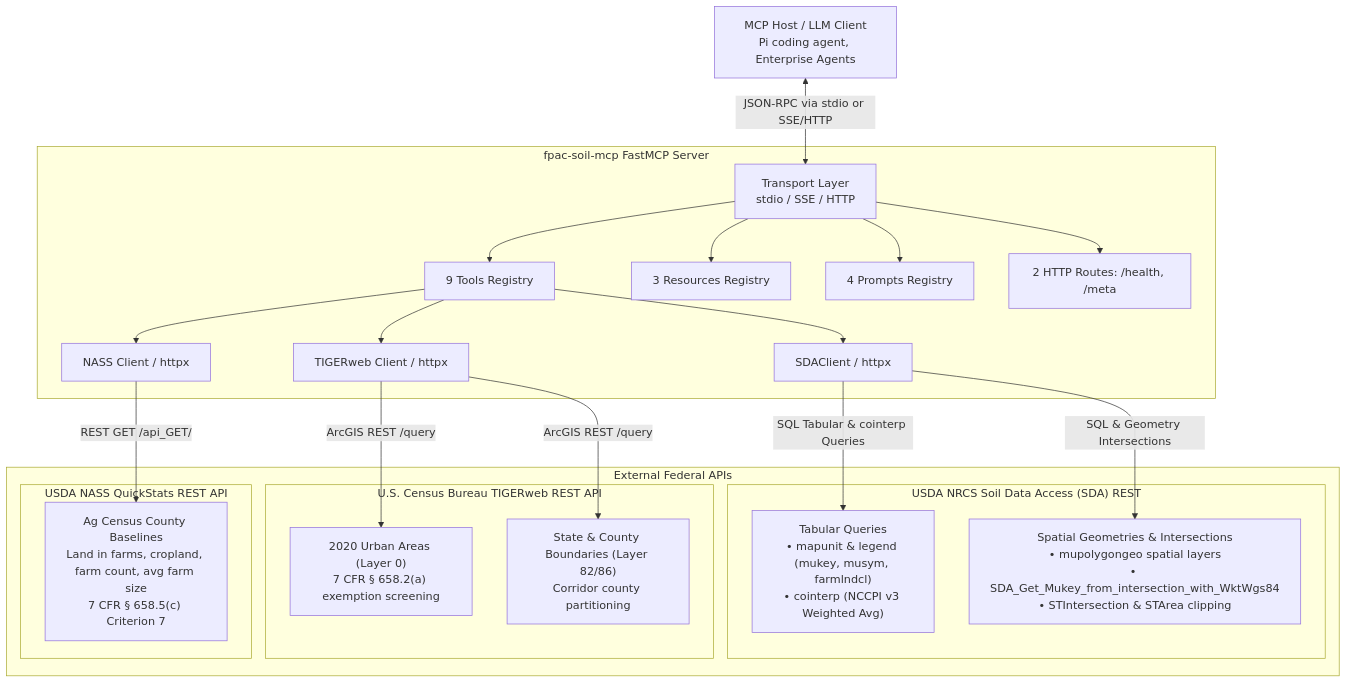
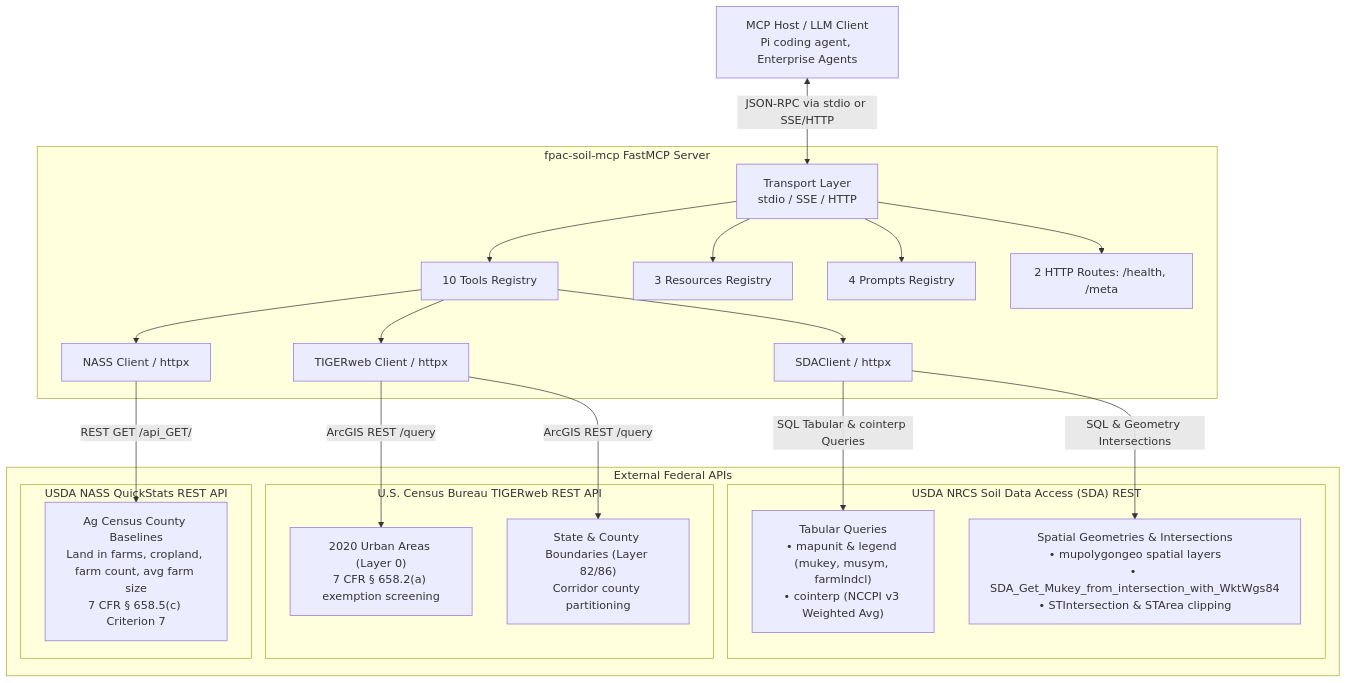
The diagram in README.md (AndrewBrown-USDA/fpac-soil-mcp), drawn with Mermaid before and after one commit. The commit also changed other lines of this file and 11 other files, not shown here.

````diff
--- a/README.md
+++ b/README.md
@@ -47,43 +47,43 @@
 ```mermaid
 flowchart TD
     Client["MCP Host / LLM Client\nPi coding agent, Enterprise Agents"]
     
     subgraph FastMCP_Server ["fpac-soil-mcp FastMCP Server"]
         Router["Transport Layer\nstdio / SSE / HTTP"]
-        Tools["9 Tools Registry"]
+        Tools["10 Tools Registry"]
         Resources["3 Resources Registry"]
         Prompts["4 Prompts Registry"]
         Routes["2 HTTP Routes: /health, /meta"]
         ClientModule["SDAClient / httpx"]
         TIGERClient["TIGERweb Client / httpx"]
         NASSClient["NASS Client / httpx"]
     end
 
     subgraph External_APIs ["External Federal APIs"]
         subgraph SDA ["USDA NRCS Soil Data Access (SDA) REST"]
             SDATabular["Tabular Queries\n• mapunit & legend (mukey, musym, farmlndcl)\n• cointerp (NCCPI v3 Weighted Avg)"]
             SDASpatial["Spatial Geometries & Intersections\n• mupolygongeo spatial layers\n• SDA_Get_Mukey_from_intersection_with_WktWgs84\n• STIntersection & STArea clipping"]
         end
         subgraph TIGERweb ["U.S. Census Bureau TIGERweb REST API"]
             TIGERUrban["2020 Urban Areas (Layer 0)\n7 CFR § 658.2(a) exemption screening"]
             TIGERCounty["State & County Boundaries (Layer 82/86)\nCorridor county partitioning"]
         end
         subgraph NASS ["USDA NASS QuickStats REST API"]
             NASSStats["Ag Census County Baselines\nLand in farms, cropland, farm count, avg farm size\n7 CFR § 658.5(c) Criterion 7"]
         end
     end
 
     Client <-->|JSON-RPC via stdio or SSE/HTTP| Router
     Router --> Tools
     Router --> Resources
     Router --> Prompts
     Router --> Routes
     Tools --> ClientModule
     Tools --> TIGERClient
     Tools --> NASSClient
     ClientModule -->|SQL & Geometry Intersections| SDASpatial
     ClientModule -->|SQL Tabular & cointerp Queries| SDATabular
     TIGERClient -->|ArcGIS REST /query| TIGERUrban
     TIGERClient -->|ArcGIS REST /query| TIGERCounty
     NASSClient -->|REST GET /api_GET/| NASSStats
 ```
````
